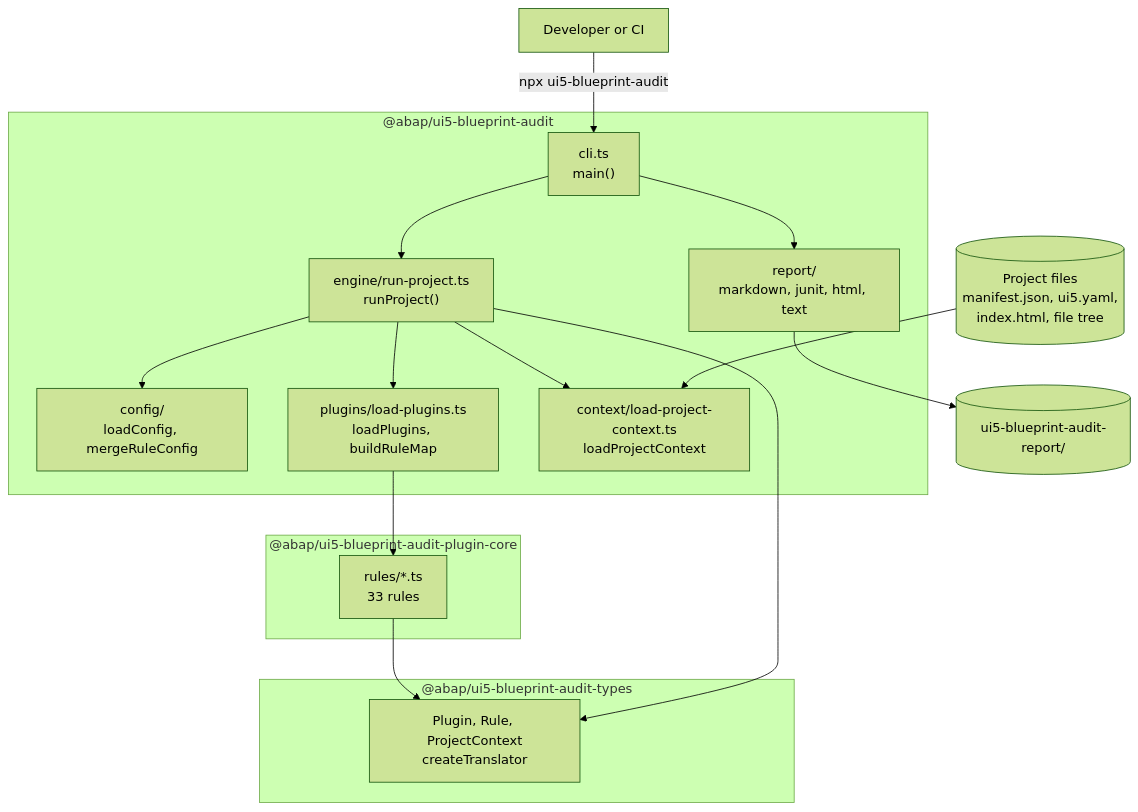
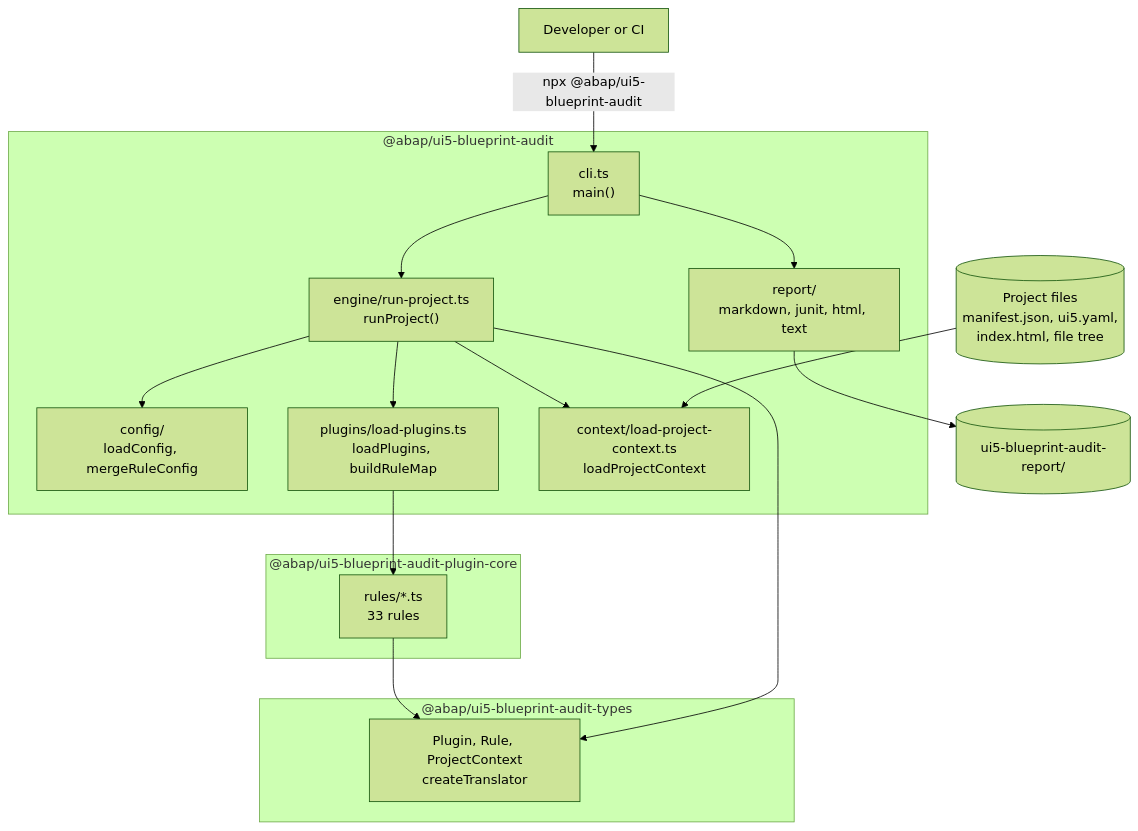
One commit to tobiashofmann/UI5-BlueprintAudit changed the diagram in docs/dev/index.md. Above: the diagram before and after it, drawn with Mermaid (forest theme). The commit also changed 12 other files, not shown here.

````diff
--- a/docs/dev/index.md
+++ b/docs/dev/index.md
@@ -7,32 +7,32 @@
 ```mermaid
 flowchart TB
-    user["Developer or CI"] -->|"npx ui5-blueprint-audit"| cli
+    user["Developer or CI"] -->|"npx @abap/ui5-blueprint-audit"| cli
 
     subgraph cliPkg["@abap/ui5-blueprint-audit"]
         cli["cli.ts<br/>main()"]
         engine["engine/run-project.ts<br/>runProject()"]
         config["config/<br/>loadConfig, mergeRuleConfig"]
         plugins["plugins/load-plugins.ts<br/>loadPlugins, buildRuleMap"]
         context["context/load-project-context.ts<br/>loadProjectContext"]
         report["report/<br/>markdown, junit, html, text"]
     end
 
     subgraph corePkg["@abap/ui5-blueprint-audit-plugin-core"]
         rules["rules/*.ts<br/>33 rules"]
     end
 
     subgraph typesPkg["@abap/ui5-blueprint-audit-types"]
         contract["Plugin, Rule, ProjectContext<br/>createTranslator"]
     end
 
     cli --> engine
     engine --> config
     engine --> plugins
     engine --> context
     plugins --> rules
     cli --> report
     rules --> contract
     engine --> contract
     projectFiles[("Project files<br/>manifest.json, ui5.yaml,<br/>index.html, file tree")] --> context
     report --> out[("ui5-blueprint-audit-report/")]
 ```
````
